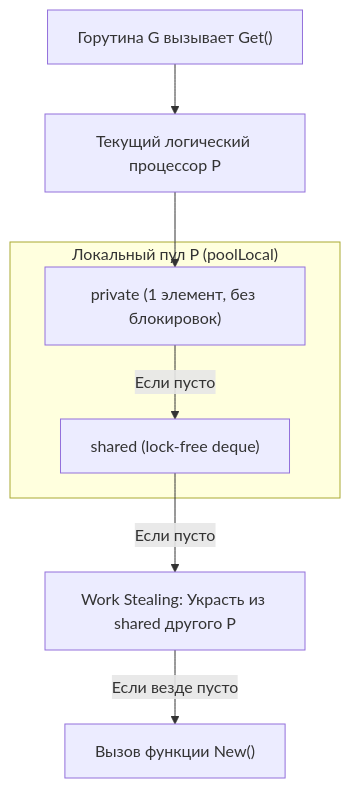
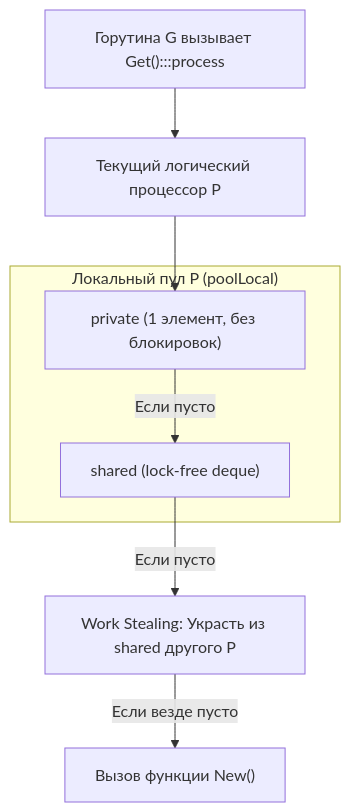
The second of 3 diagrams in sources/5. Учебник по Go (Основы и синтаксис)/41. sync.Once, Cond, Pool и atomic.md (UnrealTemplier/go-textbook), drawn with Mermaid before and after one commit. The commit also changed other lines of this file and 1666 other files, not shown here.

First line of the commit message:
feat(mermaid): add semantic color classDef to 1369 colorless flowchart/graph diagrams

````diff
--- a/sources/5. Учебник по Go (Основы и синтаксис)/41. sync.Once, Cond, Pool и atomic.md
+++ b/sources/5. Учебник по Go (Основы и синтаксис)/41. sync.Once, Cond, Pool и atomic.md
@@ -162,12 +172,22 @@
 ```mermaid
 flowchart TD
-    G["Горутина G вызывает Get()"] --> P1["Текущий логический процессор P"]
+    classDef process  fill:#1e293b,stroke:#38bdf8,stroke-width:1px,color:#f8fafc
+    classDef success  fill:#064e3b,stroke:#34d399,stroke-width:1px,color:#f8fafc
+    classDef error    fill:#7f1d1d,stroke:#f87171,stroke-width:1px,color:#f8fafc
+    classDef warning  fill:#78350f,stroke:#fbbf24,stroke-width:1px,color:#f8fafc
+    classDef entry    fill:#1e3a5f,stroke:#38bdf8,stroke-width:2px,color:#f8fafc
+    classDef aux      fill:#334155,stroke:#64748b,stroke-width:1px,color:#f8fafc
+    classDef system   fill:#312e81,stroke:#a78bfa,stroke-width:1px,color:#f8fafc
+    classDef data     fill:#132d29,stroke:#2dd4bf,stroke-width:1px,color:#f8fafc
+    classDef network  fill:#881337,stroke:#fb7185,stroke-width:1px,color:#f8fafc
+    classDef accent   fill:#1e1b4b,stroke:#818cf8,stroke-width:1px,color:#f8fafc
+    G["Горутина G вызывает Get():::process"] --> P1["Текущий логический процессор P"]
     subgraph LocalPool["Локальный пул P (poolLocal)"]
         Priv["private (1 элемент, без блокировок)"]
         Shared["shared (lock-free deque)"]
     end
     P1 --> Priv
     Priv -->|"Если пусто"| Shared
     Shared -->|"Если пусто"| Steal["Work Stealing: Украсть из shared другого P"]
     Steal -->|"Если везде пусто"| NewAlloc["Вызов функции New()"]
 ```
````
